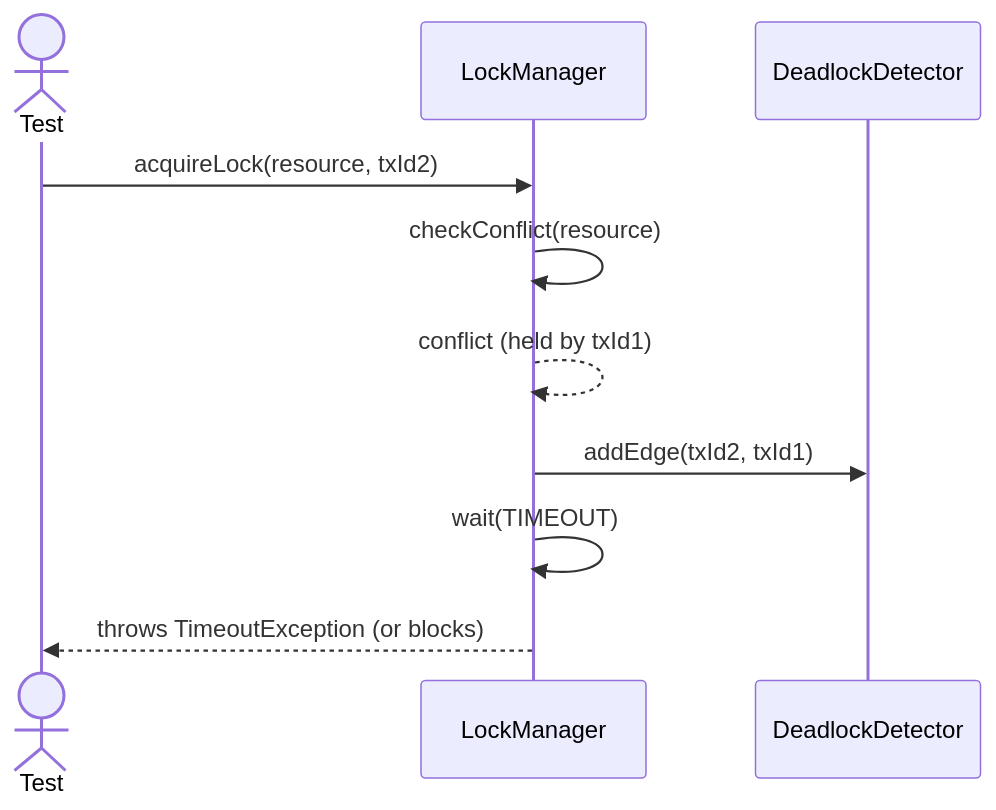
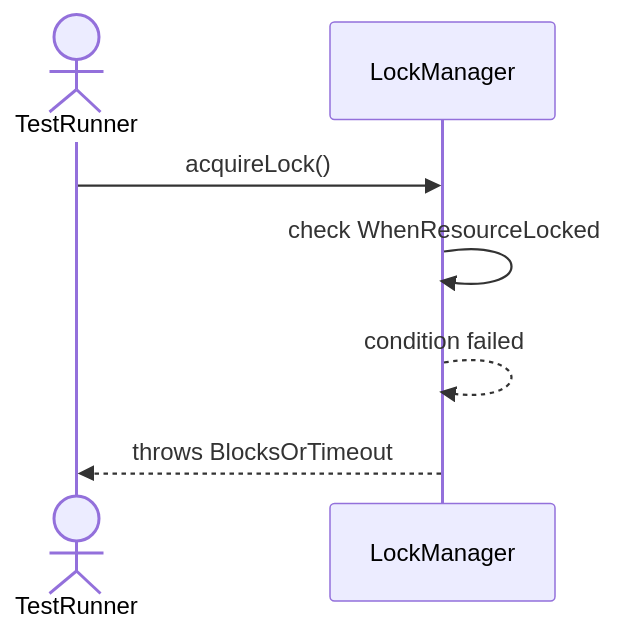
The second of 8 diagrams in Sequences/TransactionManagement/LockManager.md (TamBui1706/DBMS), drawn with Mermaid before and after one commit. The commit also changed other lines of this file and 63 other files, not shown here.

Commit message:
Draw sequence diagram for unit tests

````diff
--- a/Sequences/TransactionManagement/LockManager.md
+++ b/Sequences/TransactionManagement/LockManager.md
@@ -32,13 +32,9 @@
 ```mermaid
 sequenceDiagram
-    actor Test
+    actor TestRunner
     participant LockManager
-    participant DeadlockDetector
-
-    Test->>LockManager: acquireLock(resource, txId2)
-    LockManager->>LockManager: checkConflict(resource)
-    LockManager-->>LockManager: conflict (held by txId1)
-    LockManager->>DeadlockDetector: addEdge(txId2, txId1)
-    LockManager->>LockManager: wait(TIMEOUT)
-    LockManager-->>Test: throws TimeoutException (or blocks)
+    TestRunner->>LockManager: acquireLock()
+    LockManager->>LockManager: check WhenResourceLocked
+    LockManager-->>LockManager: condition failed
+    LockManager-->>TestRunner: throws BlocksOrTimeout
 ```
````
